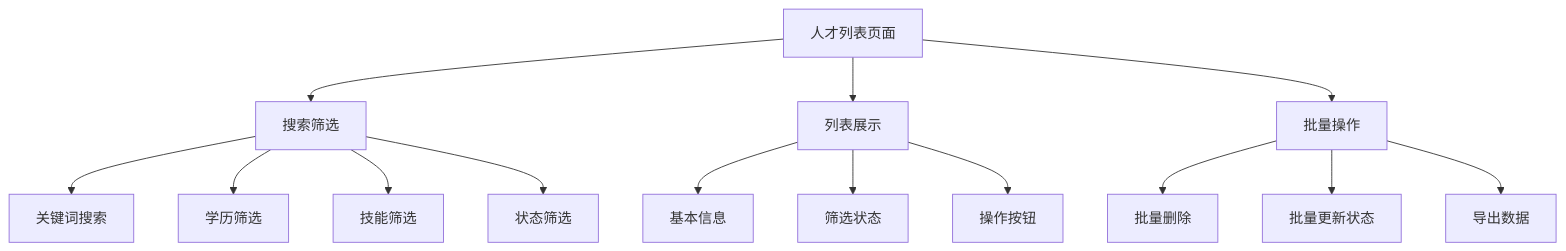
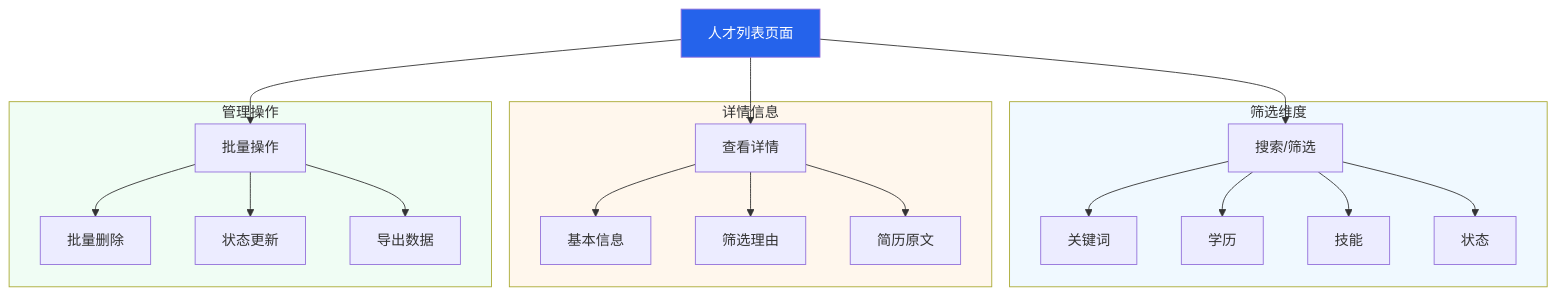
The fourth of 8 diagrams in docs/usage.md (xt765/ResumeScreening), drawn with Mermaid before and after one commit. The commit also changed other lines of this file and 5 other files, not shown here.

Commit message:
refactor: remove similarity score and update documentation diagrams

````diff
--- a/docs/usage.md
+++ b/docs/usage.md
@@ -122,19 +137,30 @@
 ```mermaid
-graph TB
-    A[人才列表页面] --> B[搜索筛选]
-    A --> C[列表展示]
-    A --> D[批量操作]
+graph TD
+    List[人才列表页面] --> Search[搜索/筛选]
+    List --> View[查看详情]
+    List --> Batch[批量操作]
     
-    B --> B1[关键词搜索]
-    B --> B2[学历筛选]
-    B --> B3[技能筛选]
-    B --> B4[状态筛选]
+    subgraph Filter [筛选维度]
+        Search --> F1[关键词]
+        Search --> F2[学历]
+        Search --> F3[技能]
+        Search --> F4[状态]
+    end
     
-    C --> C1[基本信息]
-    C --> C2[筛选状态]
-    C --> C3[操作按钮]
+    subgraph Detail [详情信息]
+        View --> D1[基本信息]
+        View --> D2[筛选理由]
+        View --> D3[简历原文]
+    end
     
-    D --> D1[批量删除]
-    D --> D2[批量更新状态]
-    D --> D3[导出数据]
+    subgraph Action [管理操作]
+        Batch --> A1[批量删除]
+        Batch --> A2[状态更新]
+        Batch --> A3[导出数据]
+    end
+    
+    style List fill:#2563eb,color:#fff
+    style Filter fill:#f0f9ff
+    style Detail fill:#fff7ed
+    style Action fill:#f0fdf4
 ```
````
